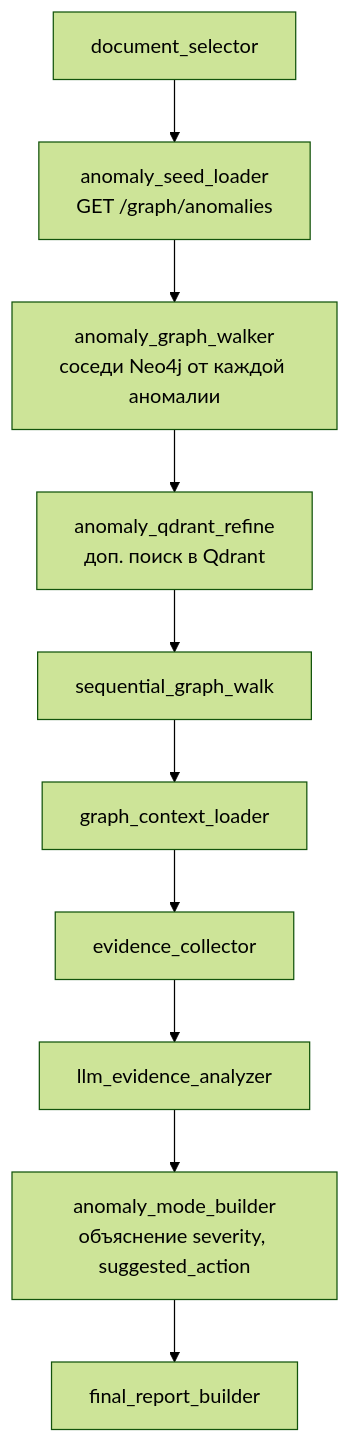
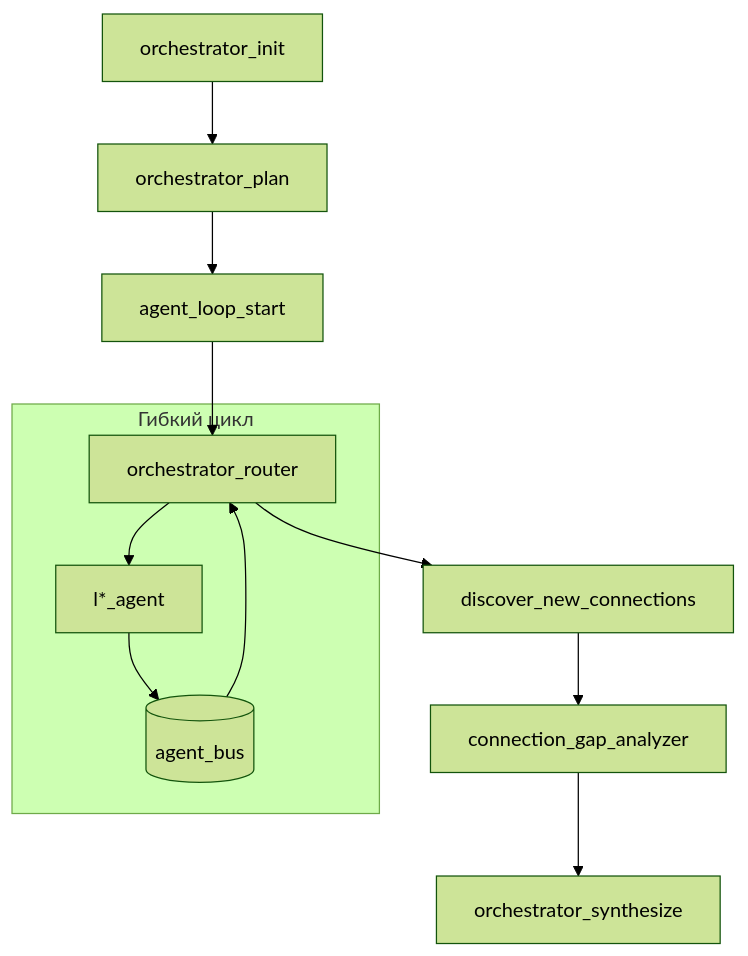
The diagram in services/gateway/app/static/docs/24_layer_agents.md (Pesimistixxx/NrnklKlubok), drawn with Mermaid (forest theme) before and after one commit. The commit also changed other lines of this file and 50 other files, not shown here.

````diff
--- a/services/gateway/app/static/docs/24_layer_agents.md
+++ b/services/gateway/app/static/docs/24_layer_agents.md
@@ -271,12 +11,14 @@
 ```mermaid
 flowchart TB
-  DS[document_selector] --> ASL[anomaly_seed_loader<br/>GET /graph/anomalies]
-  ASL --> AGW[anomaly_graph_walker<br/>соседи Neo4j от каждой аномалии]
-  AGW --> AQR[anomaly_qdrant_refine<br/>доп. поиск в Qdrant]
-  AQR --> SGW[sequential_graph_walk]
-  SGW --> GCL[graph_context_loader]
-  GCL --> EV[evidence_collector]
-  EV --> LLM[llm_evidence_analyzer]
-  LLM --> AMB[anomaly_mode_builder<br/>объяснение severity, suggested_action]
-  AMB --> FRB[final_report_builder]
+  INIT[orchestrator_init] --> PLAN[orchestrator_plan]
+  PLAN --> LOOP_START[agent_loop_start]
+  LOOP_START --> ROUTER[orchestrator_router]
+  subgraph flex_loop ["Гибкий цикл"]
+    ROUTER --> Lx[l*_agent]
+    Lx --> BUS[(agent_bus)]
+    BUS --> ROUTER
+  end
+  ROUTER --> DISC[discover_new_connections]
+  DISC --> GAP[connection_gap_analyzer]
+  GAP --> SYN[orchestrator_synthesize]
 ```
````
